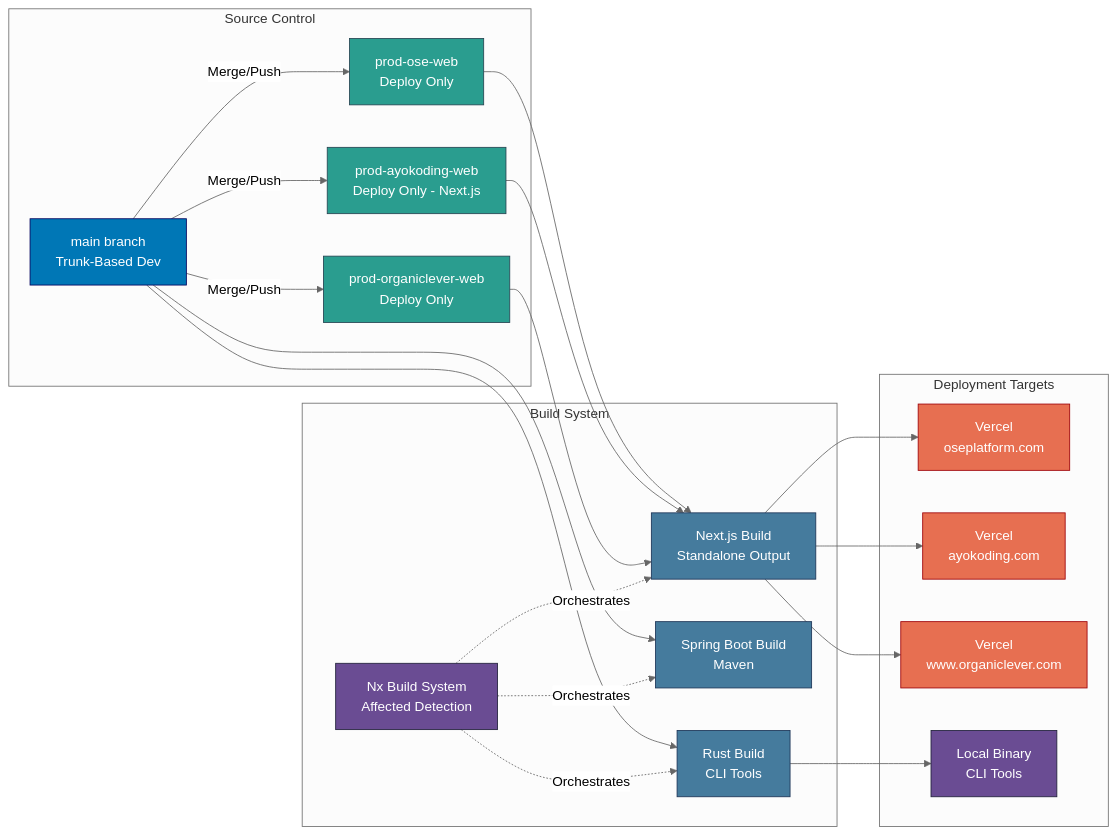
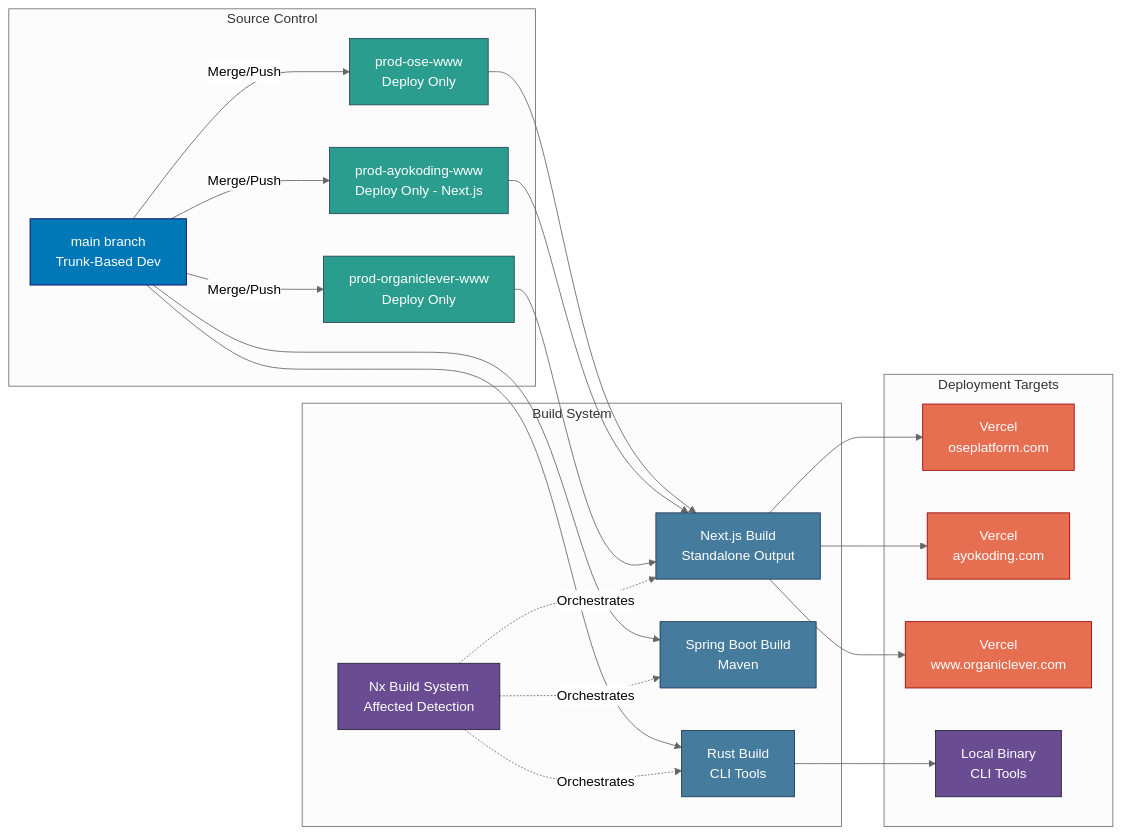
Before and after one commit to wahidyankf/baseerah: the diagram in docs/reference/system-architecture/deployment.md, drawn with Mermaid (neutral theme). The commit also changed other lines of this file and 170 other files, not shown here.

First line of the commit message:
chore(vercel): wire www+app-web prod branches and rename -web agents/skills

````diff
--- a/docs/reference/system-architecture/deployment.md
+++ b/docs/reference/system-architecture/deployment.md
@@ -18,55 +18,55 @@
 ```mermaid
 graph LR
     subgraph "Source Control"
         MAIN[main branch<br/>Trunk-Based Dev]
-        PROD_OSE[prod-ose-web<br/>Deploy Only]
-        PROD_AYO[prod-ayokoding-web<br/>Deploy Only - Next.js]
-        PROD_OL[prod-organiclever-web<br/>Deploy Only]
+        PROD_OSE[prod-ose-www<br/>Deploy Only]
+        PROD_AYO[prod-ayokoding-www<br/>Deploy Only - Next.js]
+        PROD_OL[prod-organiclever-www<br/>Deploy Only]
     end
 
     subgraph "Build System"
         NX_BUILD[Nx Build System<br/>Affected Detection]
         NEXT_BUILD[Next.js Build<br/>Standalone Output]
         SPRING_BUILD[Spring Boot Build<br/>Maven]
         RUST_BUILD[Rust Build<br/>CLI Tools]
     end
 
     subgraph "Deployment Targets"
         VERCEL_OSE[Vercel<br/>oseplatform.com]
         VERCEL_AYO[Vercel<br/>ayokoding.com]
         VERCEL_OL[Vercel<br/>www.organiclever.com]
         LOCAL[Local Binary<br/>CLI Tools]
     end
 
     MAIN -->|Merge/Push| PROD_OSE
     MAIN -->|Merge/Push| PROD_AYO
     MAIN -->|Merge/Push| PROD_OL
 
     PROD_OSE --> NEXT_BUILD
     PROD_AYO --> NEXT_BUILD
     PROD_OL --> NEXT_BUILD
     MAIN --> RUST_BUILD
     MAIN --> SPRING_BUILD
 
     NEXT_BUILD --> VERCEL_OSE
     NEXT_BUILD --> VERCEL_AYO
     NEXT_BUILD --> VERCEL_OL
     RUST_BUILD --> LOCAL
 
     NX_BUILD -.->|Orchestrates| NEXT_BUILD
     NX_BUILD -.->|Orchestrates| SPRING_BUILD
     NX_BUILD -.->|Orchestrates| RUST_BUILD
 
     style MAIN fill:#0077b6,stroke:#03045e,color:#ffffff
     style PROD_OSE fill:#2a9d8f,stroke:#264653,color:#ffffff
     style PROD_AYO fill:#2a9d8f,stroke:#264653,color:#ffffff
     style PROD_OL fill:#2a9d8f,stroke:#264653,color:#ffffff
     style NX_BUILD fill:#6a4c93,stroke:#22223b,color:#ffffff
     style NEXT_BUILD fill:#457b9d,stroke:#1d3557,color:#ffffff
     style SPRING_BUILD fill:#457b9d,stroke:#1d3557,color:#ffffff
     style RUST_BUILD fill:#457b9d,stroke:#1d3557,color:#ffffff
     style VERCEL_OSE fill:#e76f51,stroke:#9d0208,color:#ffffff
     style VERCEL_AYO fill:#e76f51,stroke:#9d0208,color:#ffffff
     style VERCEL_OL fill:#e76f51,stroke:#9d0208,color:#ffffff
     style LOCAL fill:#6a4c93,stroke:#22223b,color:#ffffff
 ```
````
